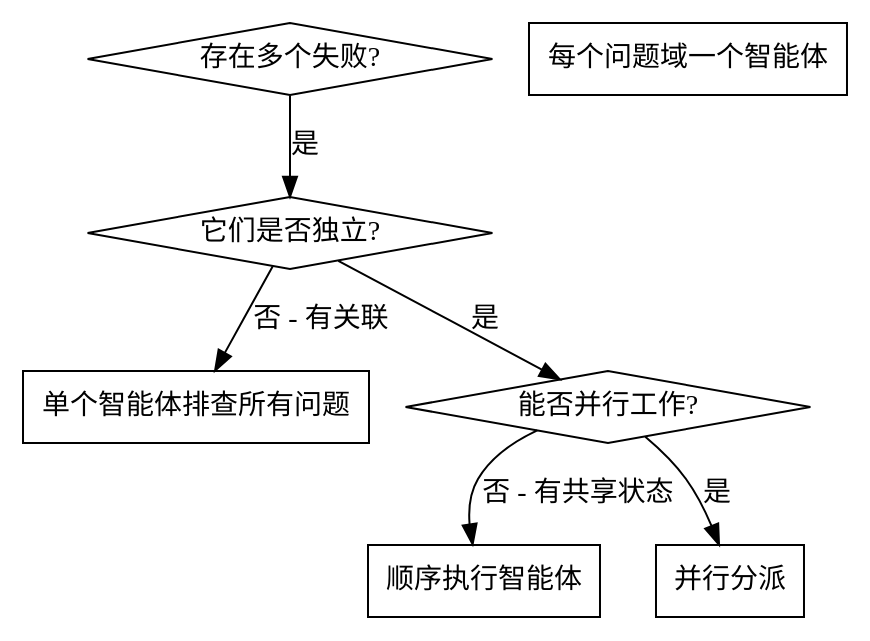
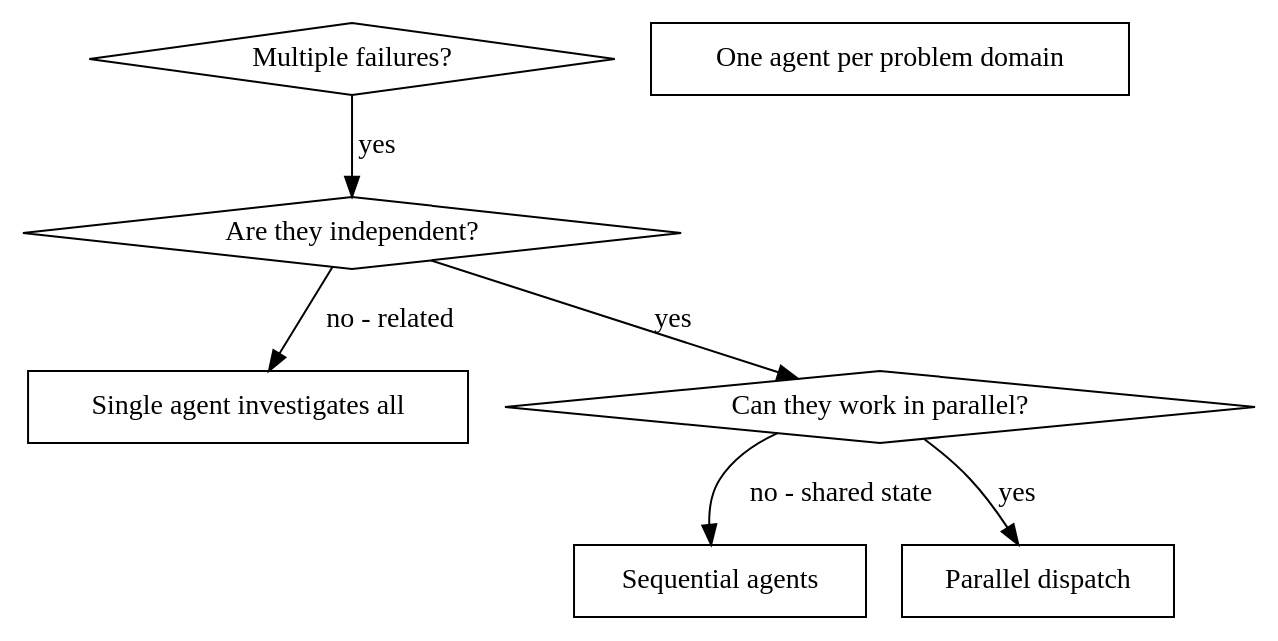
The diagram in .claude/skills/dispatching-parallel-agents/SKILL.md (seetheworldwithme/yakit), drawn with Graphviz before and after one commit. The commit also changed other lines of this file and 82 other files, not shown here.

````diff
--- a/.claude/skills/dispatching-parallel-agents/SKILL.md
+++ b/.claude/skills/dispatching-parallel-agents/SKILL.md
@@ -23,17 +18,17 @@
 ```dot
 digraph when_to_use {
-    "存在多个失败?" [shape=diamond];
-    "它们是否独立?" [shape=diamond];
-    "单个智能体排查所有问题" [shape=box];
-    "每个问题域一个智能体" [shape=box];
-    "能否并行工作?" [shape=diamond];
-    "顺序执行智能体" [shape=box];
-    "并行分派" [shape=box];
+    "Multiple failures?" [shape=diamond];
+    "Are they independent?" [shape=diamond];
+    "Single agent investigates all" [shape=box];
+    "One agent per problem domain" [shape=box];
+    "Can they work in parallel?" [shape=diamond];
+    "Sequential agents" [shape=box];
+    "Parallel dispatch" [shape=box];
 
-    "存在多个失败?" -> "它们是否独立?" [label="是"];
-    "它们是否独立?" -> "单个智能体排查所有问题" [label="否 - 有关联"];
-    "它们是否独立?" -> "能否并行工作?" [label="是"];
-    "能否并行工作?" -> "并行分派" [label="是"];
-    "能否并行工作?" -> "顺序执行智能体" [label="否 - 有共享状态"];
+    "Multiple failures?" -> "Are they independent?" [label="yes"];
+    "Are they independent?" -> "Single agent investigates all" [label="no - related"];
+    "Are they independent?" -> "Can they work in parallel?" [label="yes"];
+    "Can they work in parallel?" -> "Parallel dispatch" [label="yes"];
+    "Can they work in parallel?" -> "Sequential agents" [label="no - shared state"];
 }
 ```
````
